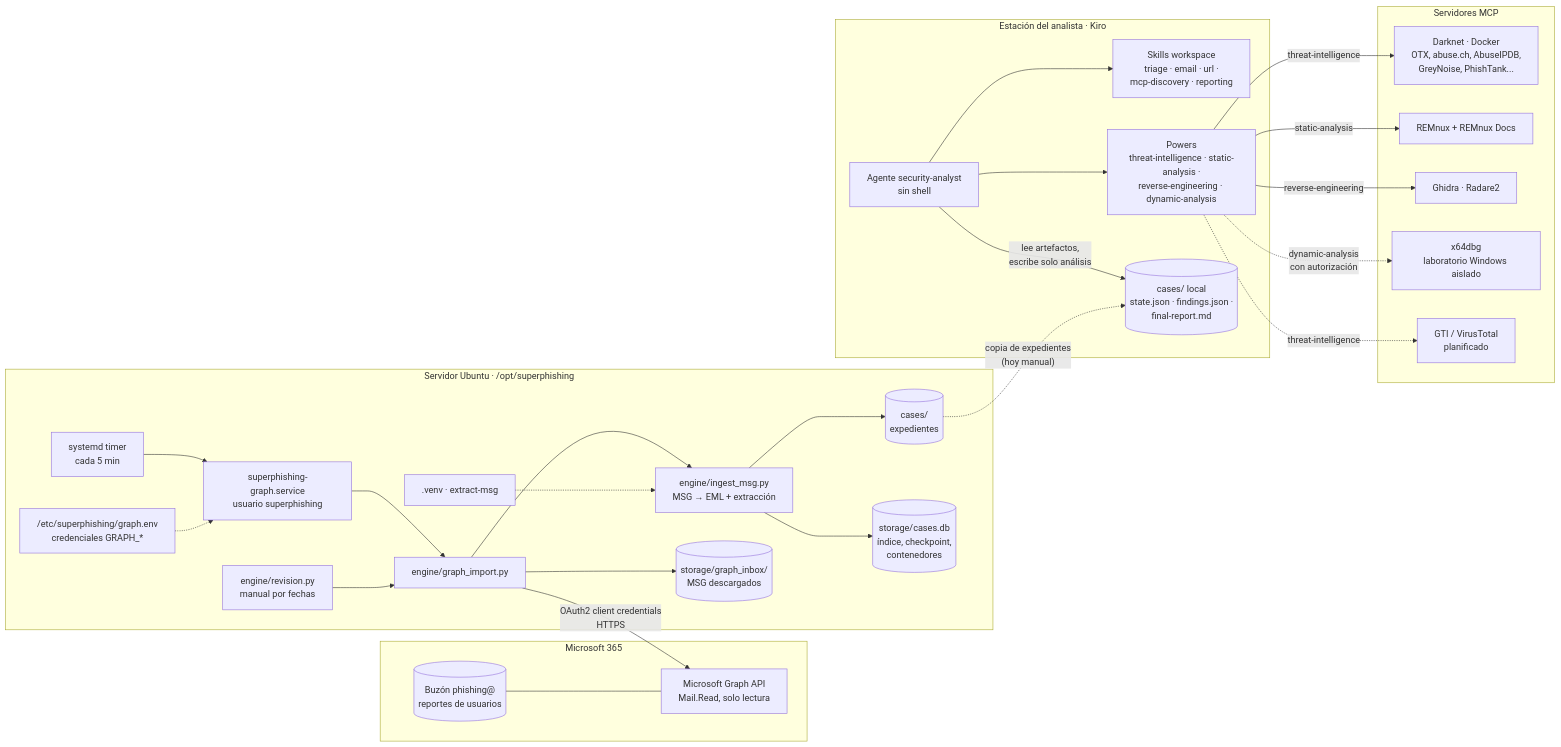
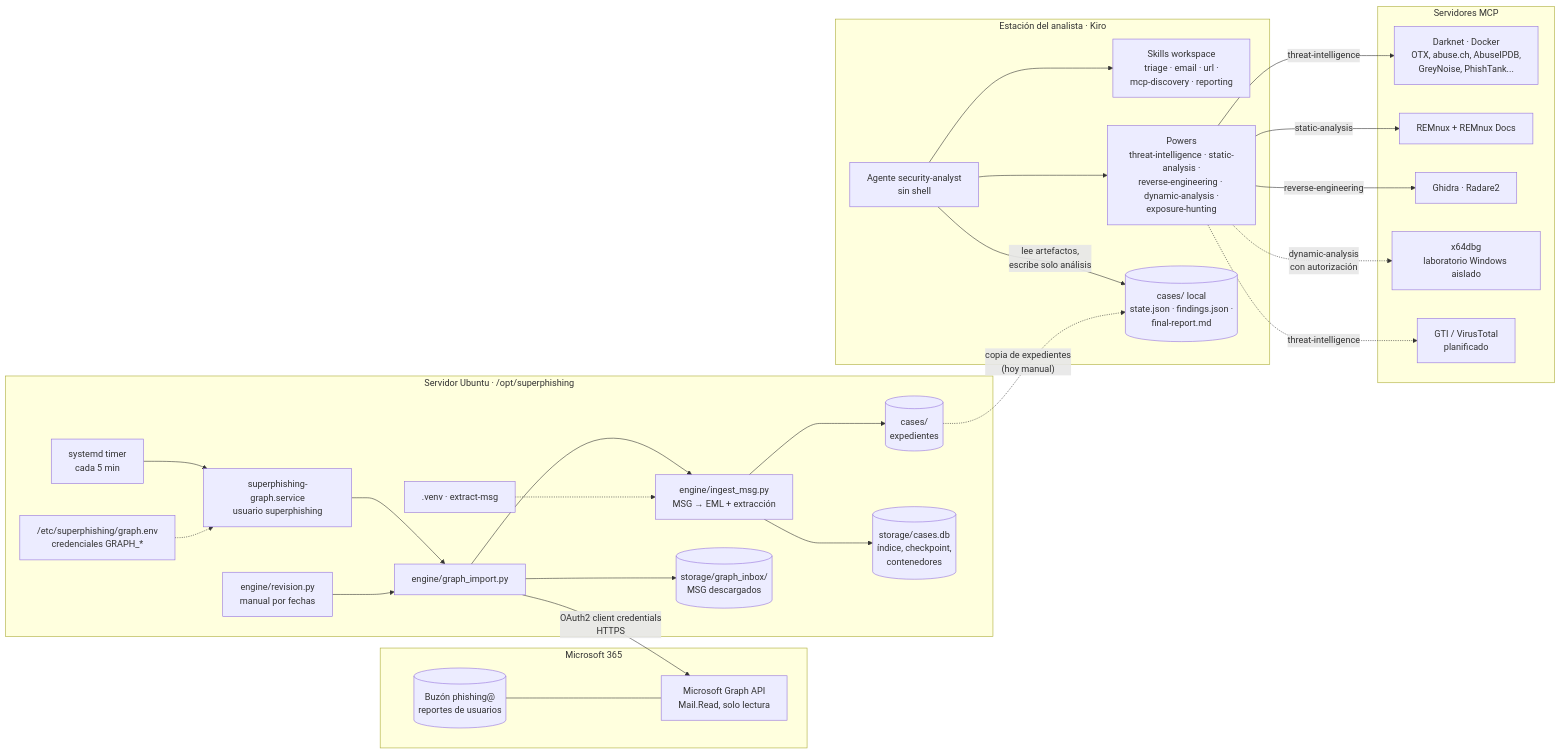
The first of 2 diagrams in README.md (aemunozr/superphishing), drawn with Mermaid before and after one commit. The commit also changed other lines of this file, not shown here.

````diff
--- a/README.md
+++ b/README.md
@@ -16,46 +16,46 @@
 ```mermaid
 flowchart LR
     subgraph M365["Microsoft 365"]
         MB[("Buzón phishing@<br/>reportes de usuarios")]
         GR[Microsoft Graph API<br/>Mail.Read, solo lectura]
         MB --- GR
     end
 
     subgraph SRV["Servidor Ubuntu · /opt/superphishing"]
         TM[systemd timer<br/>cada 5 min] --> SV[superphishing-graph.service<br/>usuario superphishing]
         SV --> GI[engine/graph_import.py]
         RV[engine/revision.py<br/>manual por fechas] --> GI
         GI --> IN[engine/ingest_msg.py<br/>MSG → EML + extracción]
         IN --> CS[("cases/<br/>expedientes")]
         IN --> DB[("storage/cases.db<br/>índice, checkpoint,<br/>contenedores")]
         GI --> ST[("storage/graph_inbox/<br/>MSG descargados")]
         ENV["/etc/superphishing/graph.env<br/>credenciales GRAPH_*"] -.-> SV
         VENV[.venv · extract-msg] -.-> IN
     end
 
     subgraph WS["Estación del analista · Kiro"]
         AG[Agente security-analyst<br/>sin shell]
         SK[Skills workspace<br/>triage · email · url ·<br/>mcp-discovery · reporting]
-        PW[Powers<br/>threat-intelligence · static-analysis ·<br/>reverse-engineering · dynamic-analysis]
+        PW[Powers<br/>threat-intelligence · static-analysis ·<br/>reverse-engineering · dynamic-analysis ·<br/>exposure-hunting]
         AG --> SK
         AG --> PW
         CL[("cases/ local<br/>state.json · findings.json ·<br/>final-report.md")]
         AG -->|lee artefactos,<br/>escribe solo análisis| CL
     end
 
     subgraph MCP["Servidores MCP"]
         DN[Darknet · Docker<br/>OTX, abuse.ch, AbuseIPDB,<br/>GreyNoise, PhishTank...]
         RM[REMnux + REMnux Docs]
         RE[Ghidra · Radare2]
         XD[x64dbg<br/>laboratorio Windows aislado]
         GT[GTI / VirusTotal<br/>planificado]
     end
 
     GI -->|OAuth2 client credentials<br/>HTTPS| GR
     CS -. "copia de expedientes<br/>(hoy manual)" .-> CL
     PW -->|threat-intelligence| DN
     PW -.->|threat-intelligence| GT
     PW -->|static-analysis| RM
     PW -->|reverse-engineering| RE
     PW -.->|dynamic-analysis<br/>con autorización| XD
 ```
````
